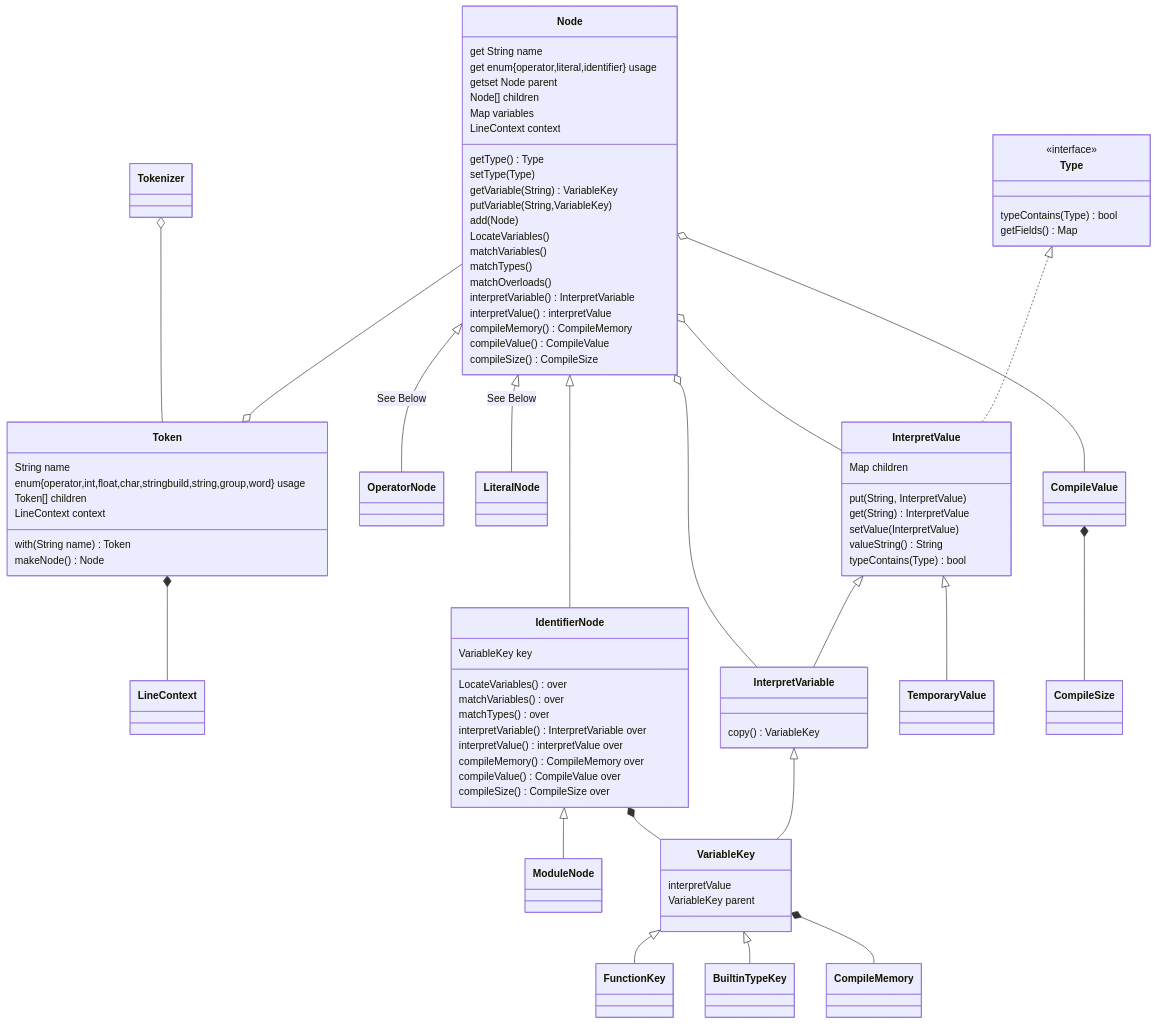
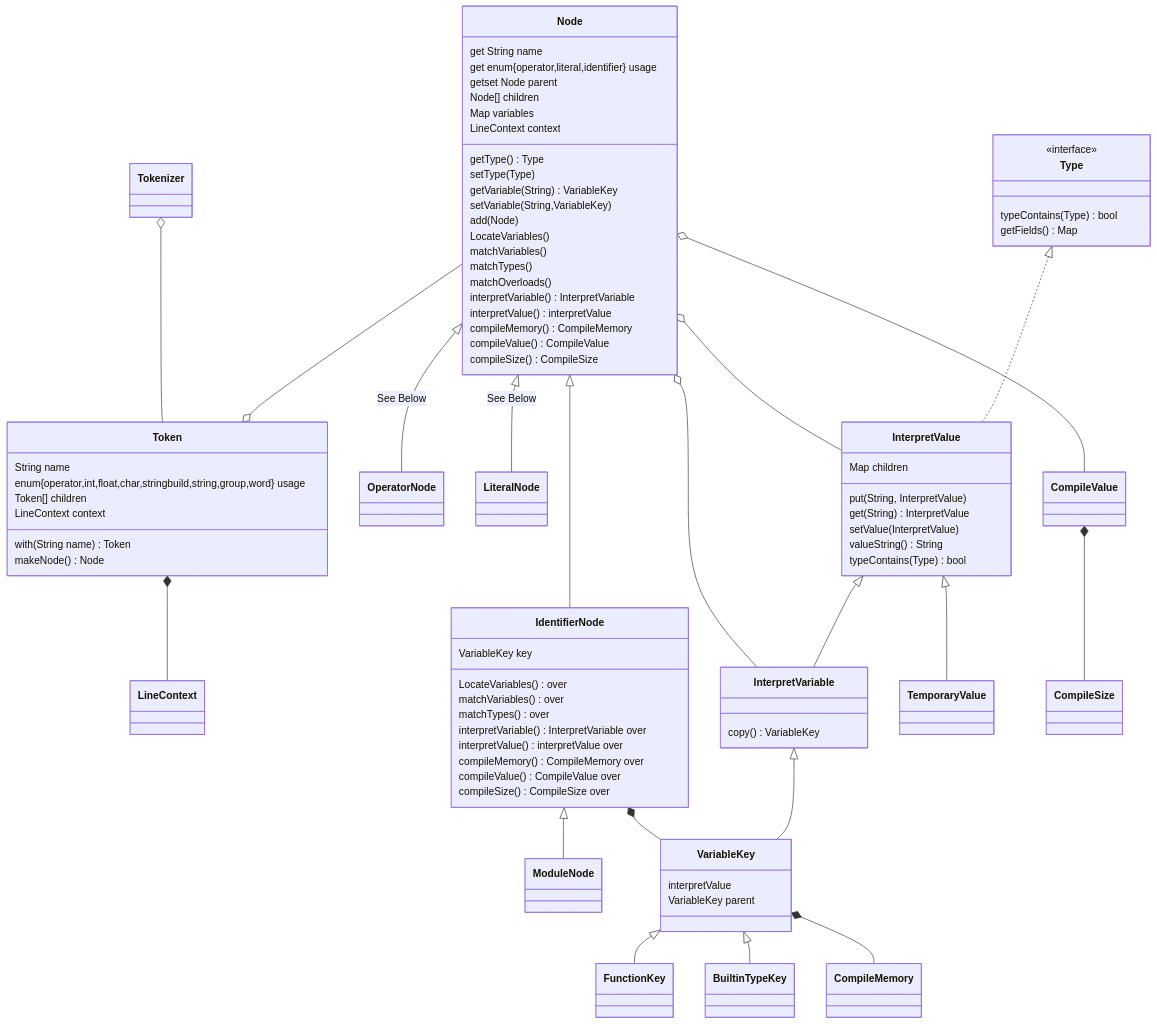
One commit to Jzhyang1/Monomer changed the second of 8 diagrams in Implementation.md. Above: the diagram before and after it, drawn with Mermaid. The commit also changed other lines of this file, not shown here.

````diff
--- a/Implementation.md
+++ b/Implementation.md
@@ -86,77 +86,77 @@
 ```mermaid
 classDiagram
 Tokenizer o-- Token
 Node --o Token
 Token *-- LineContext
 
 Node <|-- OperatorNode: See Below
 Node <|-- LiteralNode: See Below
 Node <|-- IdentifierNode
 Node o-- InterpretVariable
 Node o-- InterpretValue
 IdentifierNode <|-- ModuleNode
 IdentifierNode *-- VariableKey
 VariableKey <|-- FunctionKey
 VariableKey <|-- BuiltinTypeKey
 VariableKey *-- CompileMemory
 InterpretValue <|-- InterpretVariable
 InterpretValue <|-- TemporaryValue
 Type <|.. InterpretValue
 InterpretVariable <|-- VariableKey
 CompileValue *-- CompileSize
 Node o-- CompileValue
 
 Token: String name
 Token: enum{operator,int,float,char,stringbuild,string,group,word} usage
 Token: Token[] children
 Token: LineContext context
 Token: with(String name) Token
 Token: makeNode() Node
 
 Node: get String name
 Node: get enum{operator,literal,identifier} usage
 Node: getset Node parent
 Node: Node[] children
 Node: Map<String, VariableKey> variables
 Node: LineContext context
 Node: getType() Type
 Node: setType(Type)
 Node: getVariable(String) VariableKey
-Node: putVariable(String,VariableKey)
+Node: setVariable(String,VariableKey)
 Node: add(Node)
 Node: LocateVariables()
 Node: matchVariables()
 Node: matchTypes()
 Node: matchOverloads()
 Node: interpretVariable() InterpretVariable
 Node: interpretValue() interpretValue
 Node: compileMemory() CompileMemory
 Node: compileValue() CompileValue
 Node: compileSize() CompileSize
 
 IdentifierNode: VariableKey key
 IdentifierNode: LocateVariables() over
 IdentifierNode: matchVariables() over
 IdentifierNode: matchTypes() over
 IdentifierNode: interpretVariable() InterpretVariable over
 IdentifierNode: interpretValue() interpretValue over
 IdentifierNode: compileMemory() CompileMemory over
 IdentifierNode: compileValue() CompileValue over
 IdentifierNode: compileSize() CompileSize over
 
 InterpretValue: Map<String, InterpretValue> children
 InterpretValue: put(String, InterpretValue)
 InterpretValue: get(String) InterpretValue
 InterpretValue: setValue(InterpretValue)
 InterpretValue: valueString() String
 InterpretValue: typeContains(Type) bool
 
 InterpretVariable: copy() VariableKey
 
 VariableKey: interpretValue
 VariableKey: VariableKey parent
 
 <<interface>> Type
 Type: typeContains(Type) bool
 Type: getFields() Map<String,Type>
 ```
````
